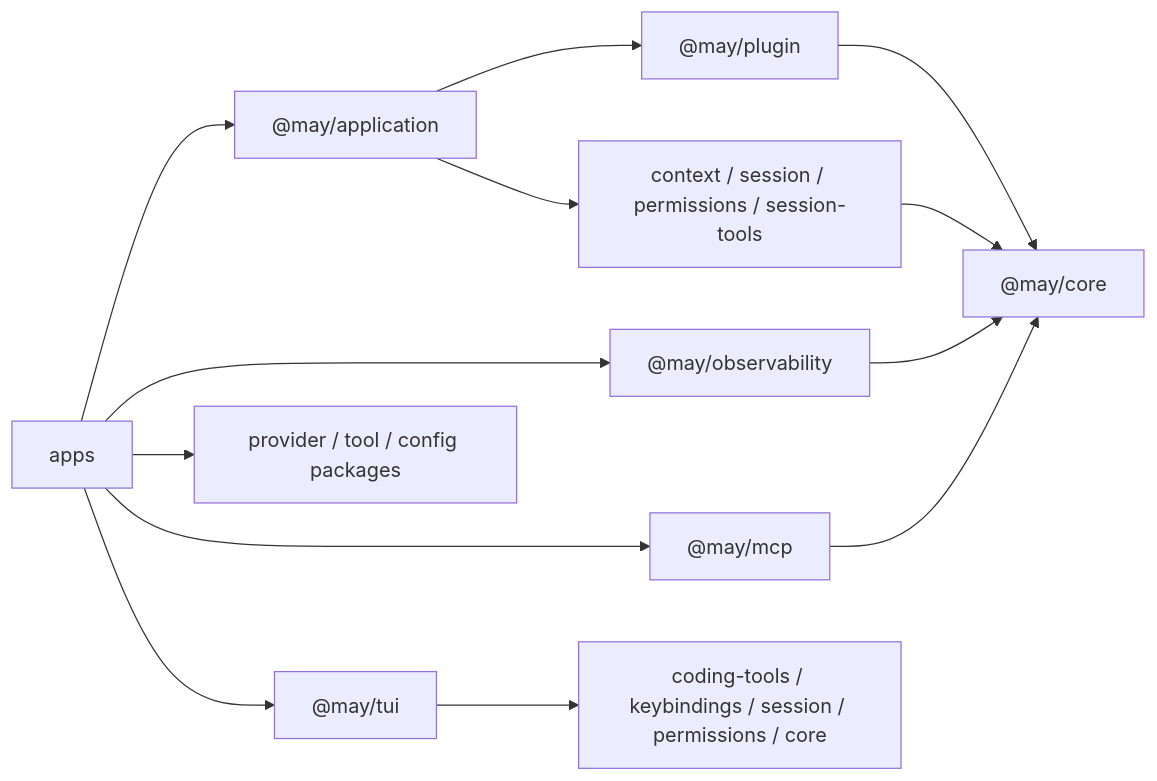
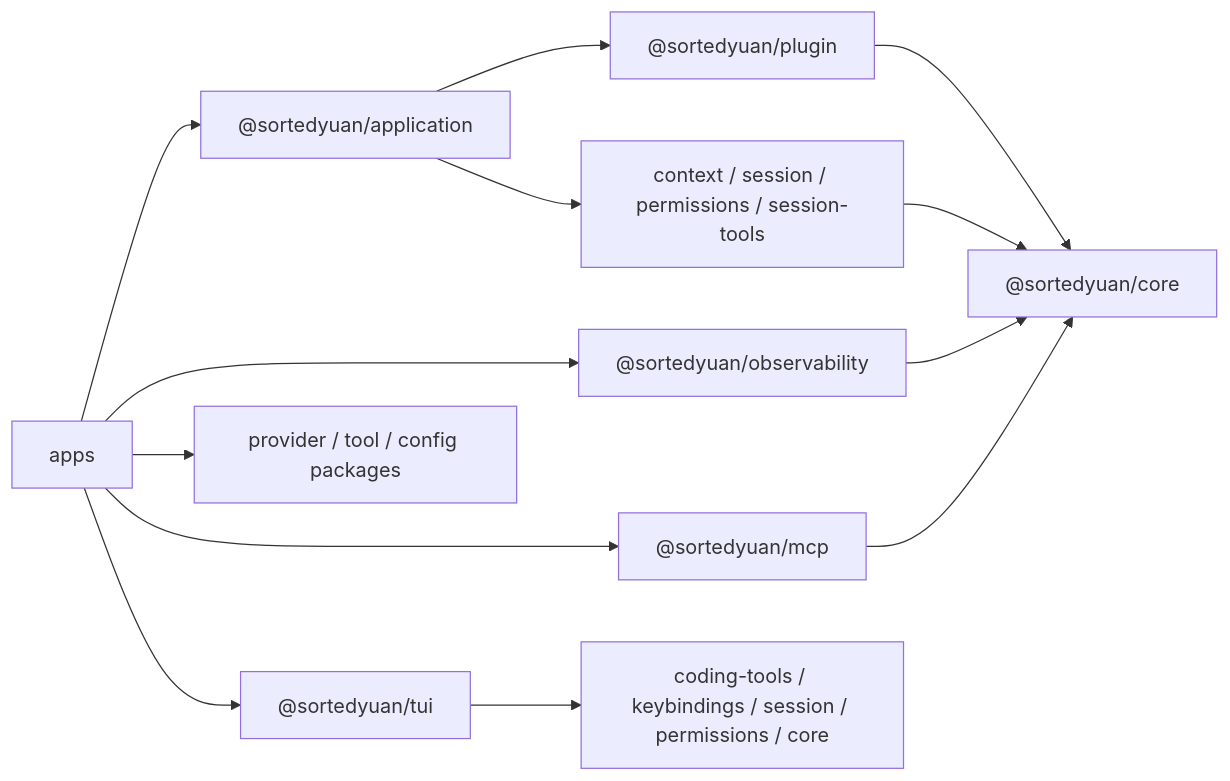
One commit to qiuyaodawo/May changed the second of 2 diagrams in docs/en/architecture/runtime-session.md. Above: the diagram before and after it, drawn with Mermaid. The commit also changed other lines of this file and 685 other files, not shown here.

````diff
--- a/docs/en/architecture/runtime-session.md
+++ b/docs/en/architecture/runtime-session.md
@@ -41,15 +41,15 @@
 ```mermaid
 flowchart LR
-  Apps[apps] --> Application["@may/application"]
-  Application --> Plugin["@may/plugin"]
+  Apps[apps] --> Application["@sortedyuan/application"]
+  Application --> Plugin["@sortedyuan/plugin"]
   Application --> Components[context / session / permissions / session-tools]
-  Plugin --> Core["@may/core"]
+  Plugin --> Core["@sortedyuan/core"]
   Components --> Core
-  Apps --> Observability["@may/observability"]
+  Apps --> Observability["@sortedyuan/observability"]
   Observability --> Core
-  Apps --> MCP["@may/mcp"]
+  Apps --> MCP["@sortedyuan/mcp"]
   MCP --> Core
-  Apps --> TUI["@may/tui"]
+  Apps --> TUI["@sortedyuan/tui"]
   TUI --> Terminal[coding-tools / keybindings / session / permissions / core]
   Apps --> Products[provider / tool / config packages]
 ```
````
